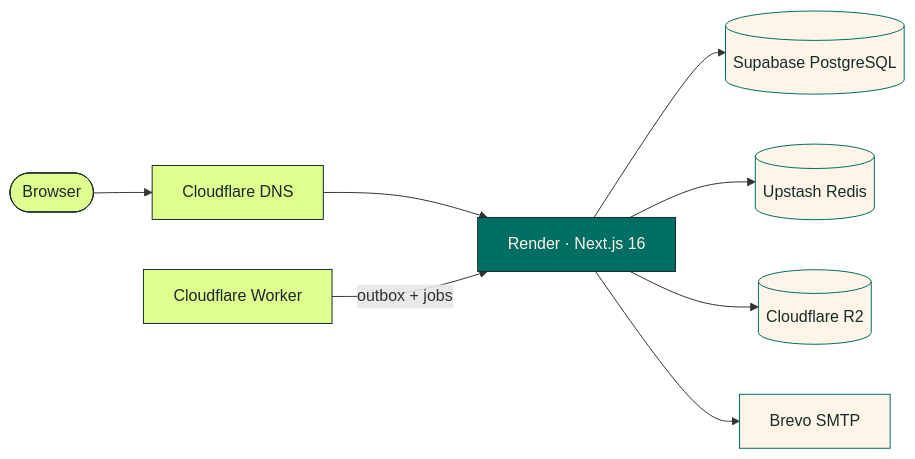
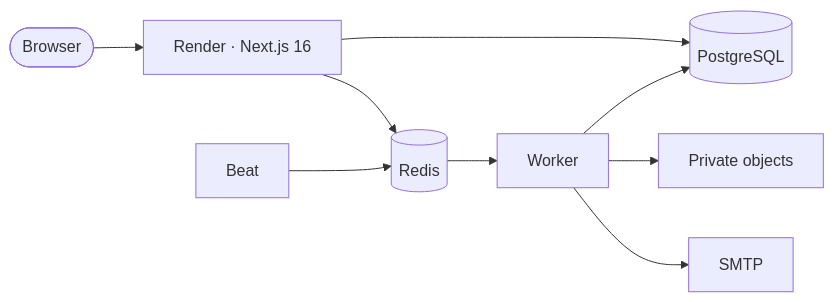
The diagram in README.md (SpaceWorks-HQ/SpaceWorks-Workspace), drawn with Mermaid before and after one commit. The commit also changed other lines of this file and 75 other files, not shown here.

Commit message:
feat(jobs): BullMQ worker and beat with admin job controls

````diff
--- a/README.md
+++ b/README.md
@@ -237,16 +237,11 @@
 ```mermaid
 flowchart LR
-  browser([Browser]) --> dns[Cloudflare DNS]
-  dns --> app["Render · Next.js 16"]
-  app --> db[(Supabase PostgreSQL)]
-  app --> redis[(Upstash Redis)]
-  app --> storage[(Cloudflare R2)]
-  app --> mail[Brevo SMTP]
-  cron[Cloudflare Worker] -->|"outbox + jobs"| app
-  classDef core fill:#006E63,stroke:#142C2A,color:#FFF4E8
-  classDef service fill:#FFF4E8,stroke:#006E63,color:#142C2A
-  classDef edge fill:#DFFF8F,stroke:#142C2A,color:#142C2A
-  class app core
-  class db,redis,storage,mail service
-  class browser,dns,cron edge
+  browser([Browser]) --> app["Render · Next.js 16"]
+  app --> db[(PostgreSQL)]
+  app --> redis[(Redis)]
+  beat[Beat] --> redis
+  redis --> worker[Worker]
+  worker --> db
+  worker --> storage[Private objects]
+  worker --> mail[SMTP]
 ```
````
